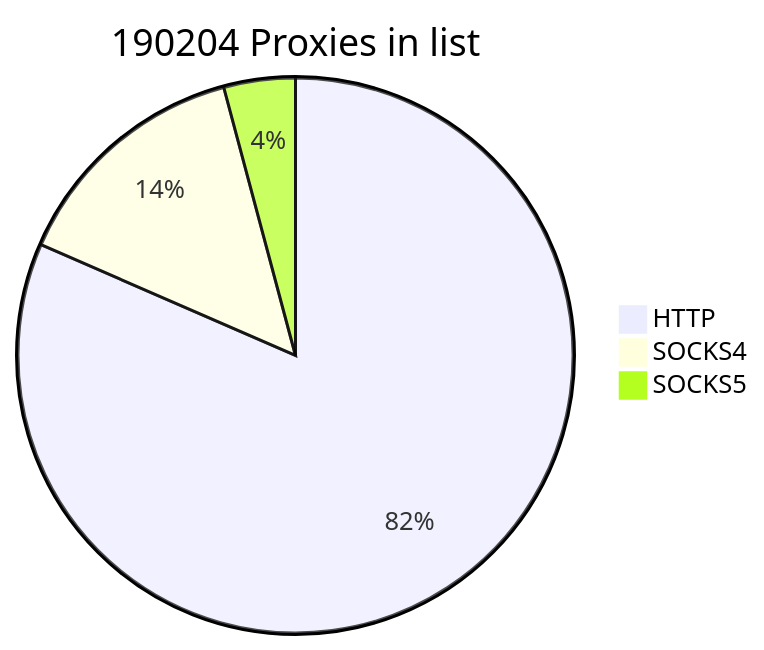
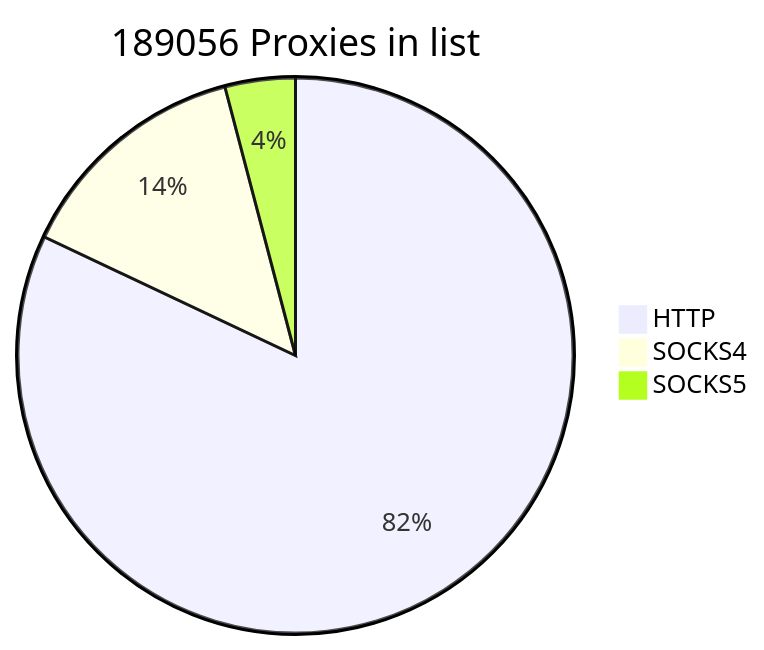
The first of 2 diagrams in README.md (cutipu/proxylist), drawn with Mermaid before and after one commit. The commit also changed other lines of this file, not shown here.

````diff
--- a/README.md
+++ b/README.md
@@ -2,7 +2,7 @@
 ```mermaid
-pie title 190204 Proxies in list
-    "HTTP" : 155094
-    "SOCKS4" : 27195
-    "SOCKS5" : 7915
+pie title 189056 Proxies in list
+    "HTTP" : 155066
+    "SOCKS4" : 26261
+    "SOCKS5" : 7729
             
 ```
````
